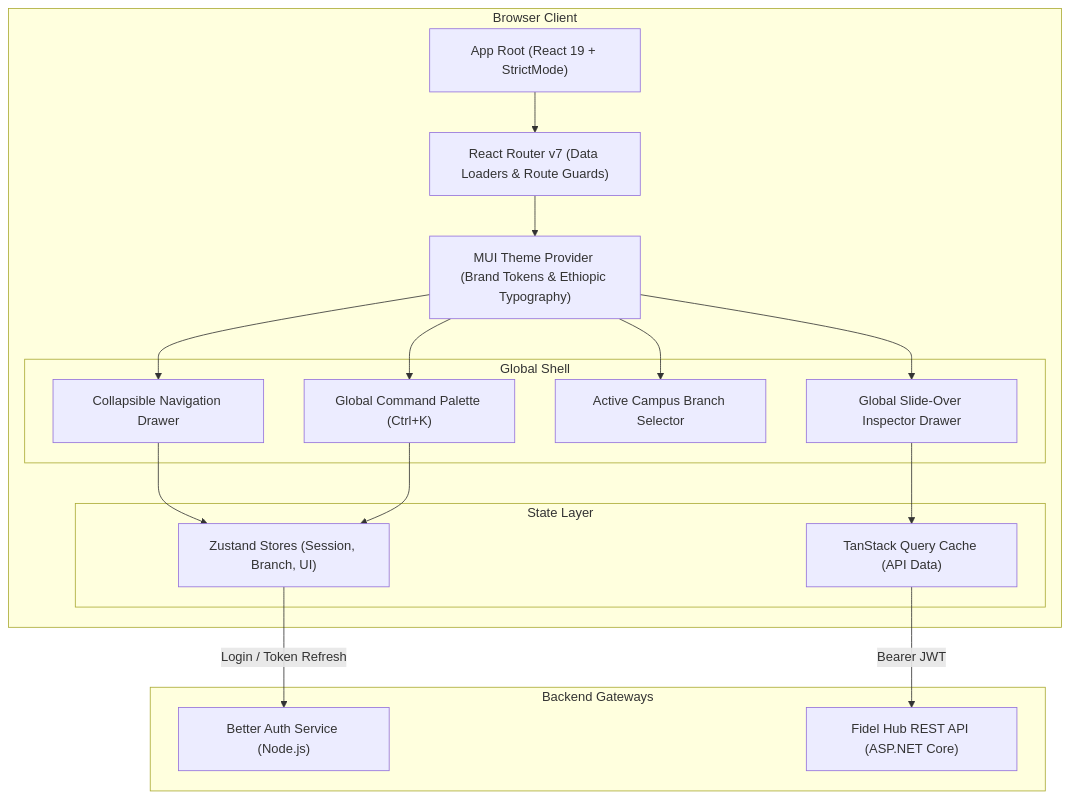
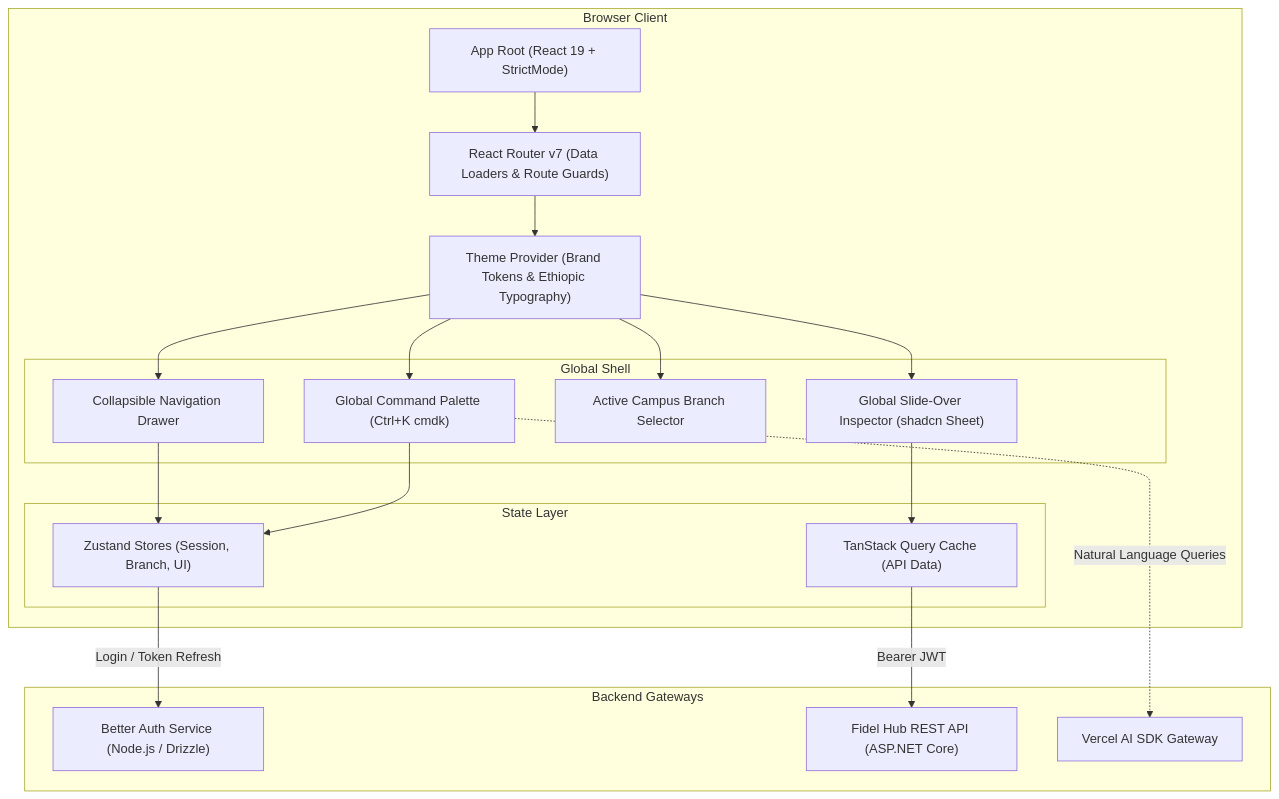
Before and after one commit to Yoba21/Fidel_Hub: the first of 2 diagrams in docs/05-frontend-mobile/web-application.md, drawn with Mermaid. The commit also changed other lines of this file and 6 other files, not shown here.

Commit message:
docs(architecture): integrate 10 approved ecosystem technologies across TAD, standards, web, backend, and deployment; add root FidelHub.sln for CI pipeline

````diff
--- a/docs/05-frontend-mobile/web-application.md
+++ b/docs/05-frontend-mobile/web-application.md
@@ -20,33 +25,35 @@
 ```mermaid
 graph TD
     subgraph Browser Client
         App["App Root (React 19 + StrictMode)"]
         Router["React Router v7 (Data Loaders & Route Guards)"]
-        Theme["MUI Theme Provider (Brand Tokens & Ethiopic Typography)"]
+        Theme["Theme Provider (Brand Tokens & Ethiopic Typography)"]
         
         subgraph Global Shell
             Sidebar["Collapsible Navigation Drawer"]
-            CommandBar["Global Command Palette (Ctrl+K)"]
+            CommandBar["Global Command Palette (Ctrl+K cmdk)"]
             BranchSwitcher["Active Campus Branch Selector"]
-            SlideOver["Global Slide-Over Inspector Drawer"]
+            SlideOver["Global Slide-Over Inspector (shadcn Sheet)"]
         end
         
         subgraph State Layer
             TanStack["TanStack Query Cache (API Data)"]
             Zustand["Zustand Stores (Session, Branch, UI)"]
         end
     end
 
     subgraph Backend Gateways
-        BetterAuth["Better Auth Service (Node.js)"]
+        BetterAuth["Better Auth Service (Node.js / Drizzle)"]
         CoreApi["Fidel Hub REST API (ASP.NET Core)"]
+        VercelAi["Vercel AI SDK Gateway"]
     end
 
     App --> Router
     Router --> Theme
     Theme --> Sidebar & CommandBar & BranchSwitcher & SlideOver
     Sidebar & CommandBar --> Zustand
     SlideOver --> TanStack
     TanStack -->|"Bearer JWT"| CoreApi
     Zustand -->|"Login / Token Refresh"| BetterAuth
+    CommandBar -.->|"Natural Language Queries"| VercelAi
 ```
````
